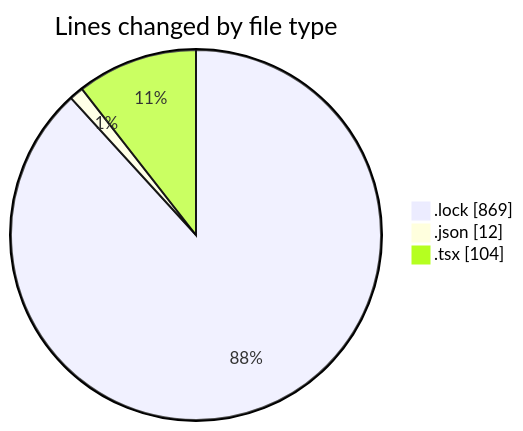
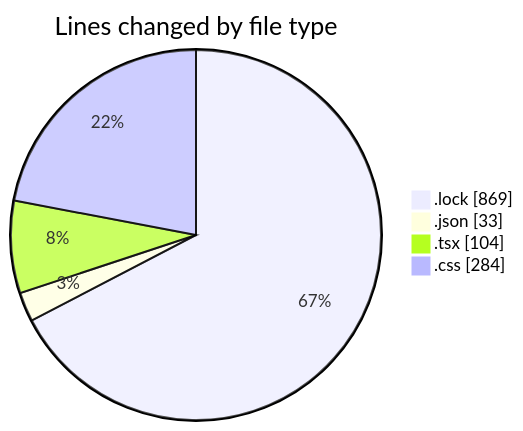
One commit to EIIisD/code-tracking changed the first of 2 diagrams in 2025-07-27/vtuber/README.md. Above: the diagram before and after it, drawn with Mermaid. The commit also changed other lines of this file and 1 other file, not shown here.

````diff
--- a/2025-07-27/vtuber/README.md
+++ b/2025-07-27/vtuber/README.md
@@ -22,7 +24,8 @@
 ```mermaid
 pie showData
 title Lines changed by file type
 ".lock" : 869
-".json" : 12
+".json" : 33
 ".tsx" : 104
+".css" : 284
 ```
````
